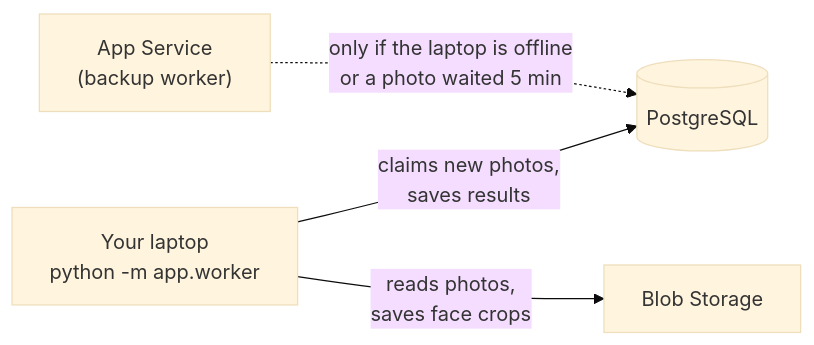
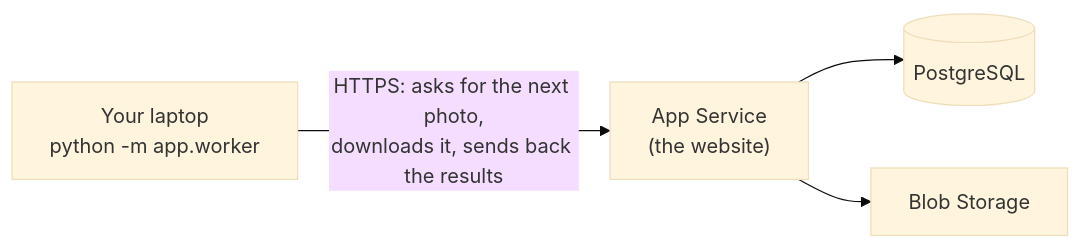
One commit to Arnav-Dugad/imagevault-ai changed the third of 3 diagrams in docs/how-it-works.md. Above: the diagram before and after it, drawn with Mermaid (base theme). The commit also changed other lines of this file and 30 other files, not shown here.

````diff
--- a/docs/how-it-works.md
+++ b/docs/how-it-works.md
@@ -85,6 +87,6 @@
 ```mermaid
 flowchart LR
-    L["Your laptop<br/>python -m app.worker"] -- "claims new photos,<br/>saves results" --> DB[("PostgreSQL")]
-    L -- "reads photos,<br/>saves face crops" --> B["Blob Storage"]
-    S["App Service<br/>(backup worker)"] -. "only if the laptop is offline<br/>or a photo waited 5 min" .-> DB
+    L["Your laptop<br/>python -m app.worker"] -- "HTTPS: asks for the next photo,<br/>downloads it, sends back the results" --> S["App Service<br/>(the website)"]
+    S --> DB[("PostgreSQL")]
+    S --> B["Blob Storage"]
 ```
````
